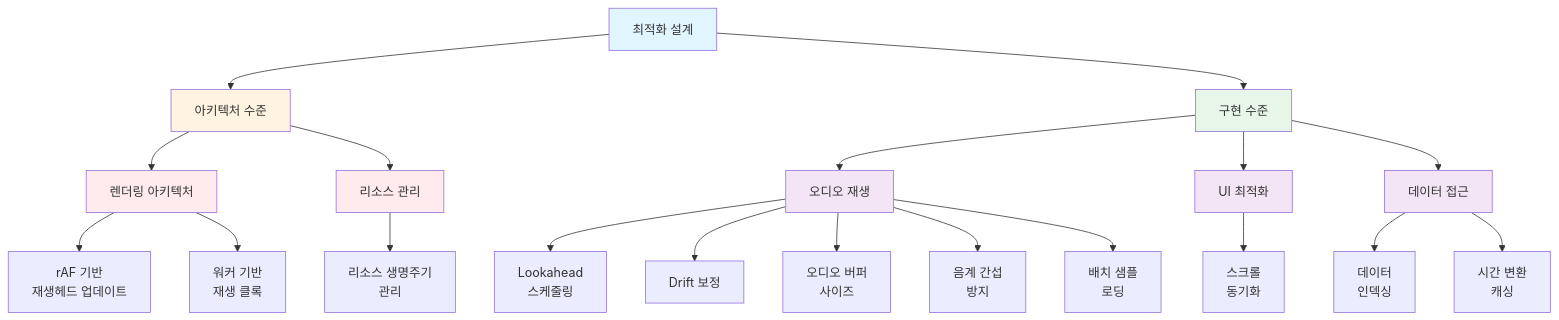
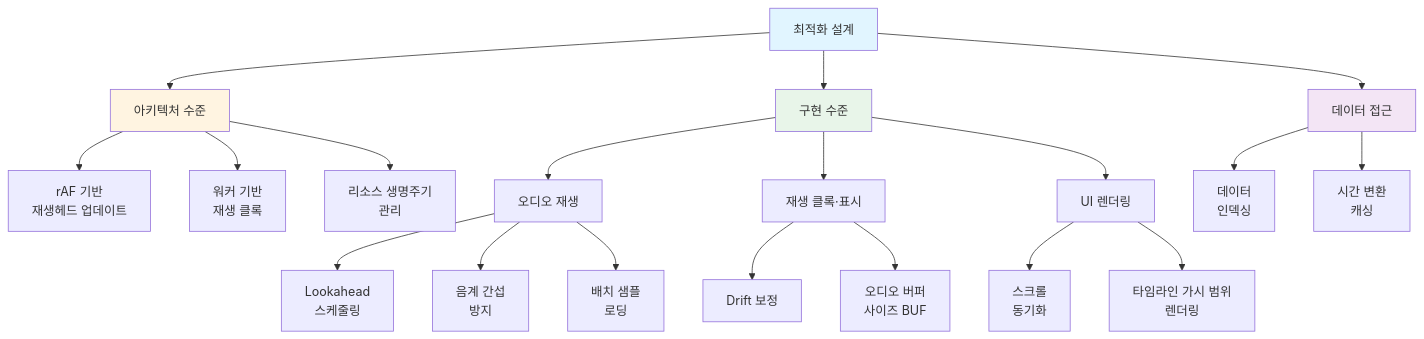
Before and after one commit to JaceDashS/online-sequencer: the second of 2 diagrams in docs/architecture/README.ko.md, drawn with Mermaid. The commit also changed other lines of this file and 55 other files, not shown here.

````diff
--- a/docs/architecture/README.ko.md
+++ b/docs/architecture/README.ko.md
@@ -22,37 +39,32 @@
 ```mermaid
 graph TD
     A[최적화 설계] --> B[아키텍처 수준]
     A --> C[구현 수준]
-    
-    B --> B1[렌더링 아키텍처]
-    B --> B2[리소스 관리]
-    
-    B1 --> B1a[rAF 기반<br/>재생헤드 업데이트]
-    B1 --> B1b[워커 기반<br/>재생 클록]
-    
-    B2 --> B2a[리소스 생명주기<br/>관리]
-    
+    A --> D[데이터 접근]
+
+    B --> B1[rAF 기반<br/>재생헤드 업데이트]
+    B --> B2[워커 기반<br/>재생 클록]
+    B --> B3[리소스 생명주기<br/>관리]
+
     C --> C1[오디오 재생]
-    C --> C2[UI 최적화]
-    C --> C3[데이터 접근]
-    
+    C --> C2[재생 클록·표시]
+    C --> C3[UI 렌더링]
+
     C1 --> C1a[Lookahead<br/>스케줄링]
-    C1 --> C1b[Drift 보정]
-    C1 --> C1c[오디오 버퍼<br/>사이즈]
-    C1 --> C1d[음계 간섭<br/>방지]
-    C1 --> C1e[배치 샘플<br/>로딩]
-    
-    C2 --> C2a[스크롤<br/>동기화]
-    
-    C3 --> C3a[데이터<br/>인덱싱]
-    C3 --> C3b[시간 변환<br/>캐싱]
-    
+    C1 --> C1b[음계 간섭<br/>방지]
+    C1 --> C1c[배치 샘플<br/>로딩]
+
+    C2 --> C2a[Drift 보정]
+    C2 --> C2b[오디오 버퍼<br/>사이즈 BUF]
+
+    C3 --> C3a[스크롤<br/>동기화]
+    C3 --> C3b[타임라인 가시 범위<br/>렌더링]
+
+    D --> D1[데이터<br/>인덱싱]
+    D --> D2[시간 변환<br/>캐싱]
+
     style A fill:#e1f5ff
     style B fill:#fff4e1
     style C fill:#e8f5e9
-    style B1 fill:#ffebee
-    style B2 fill:#ffebee
-    style C1 fill:#f3e5f5
-    style C2 fill:#f3e5f5
-    style C3 fill:#f3e5f5
+    style D fill:#f3e5f5
 ```
````
